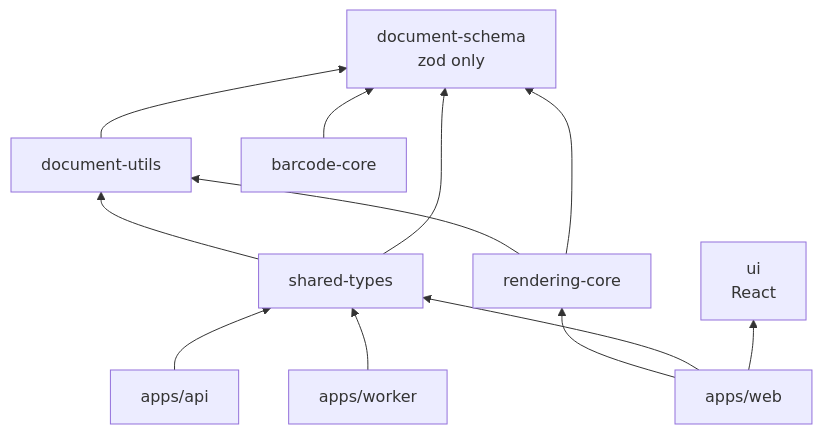
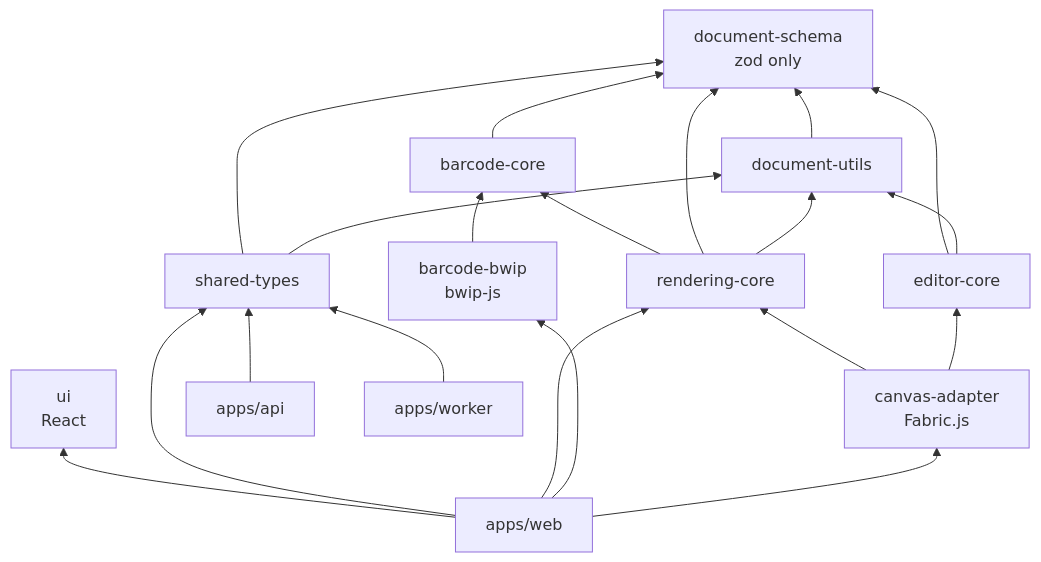
Before and after one commit to shuvo1s/SmartTag: the second of 2 diagrams in docs/architecture.md, drawn with Mermaid. The commit also changed other lines of this file and 9 other files, not shown here.

First line of the commit message:
docs: designer, typography, precision and Phase 2 architecture

````diff
--- a/docs/architecture.md
+++ b/docs/architecture.md
@@ -78,16 +85,24 @@
 ```mermaid
 flowchart BT
   schema[document-schema<br/>zod only]
   utils[document-utils] --> schema
   rendering[rendering-core] --> utils
   rendering --> schema
   barcode[barcode-core] --> schema
+  rendering --> barcode
+  bwip[barcode-bwip<br/>bwip-js] --> barcode
+  editor[editor-core] --> utils
+  editor --> schema
+  canvas[canvas-adapter<br/>Fabric.js] --> editor
+  canvas --> rendering
   shared[shared-types] --> utils
   shared --> schema
   ui[ui<br/>React]
   api[apps/api] --> shared
   worker[apps/worker] --> shared
-  web[apps/web] --> rendering
+  web[apps/web] --> canvas
+  web --> bwip
+  web --> rendering
   web --> shared
   web --> ui
 ```
````
